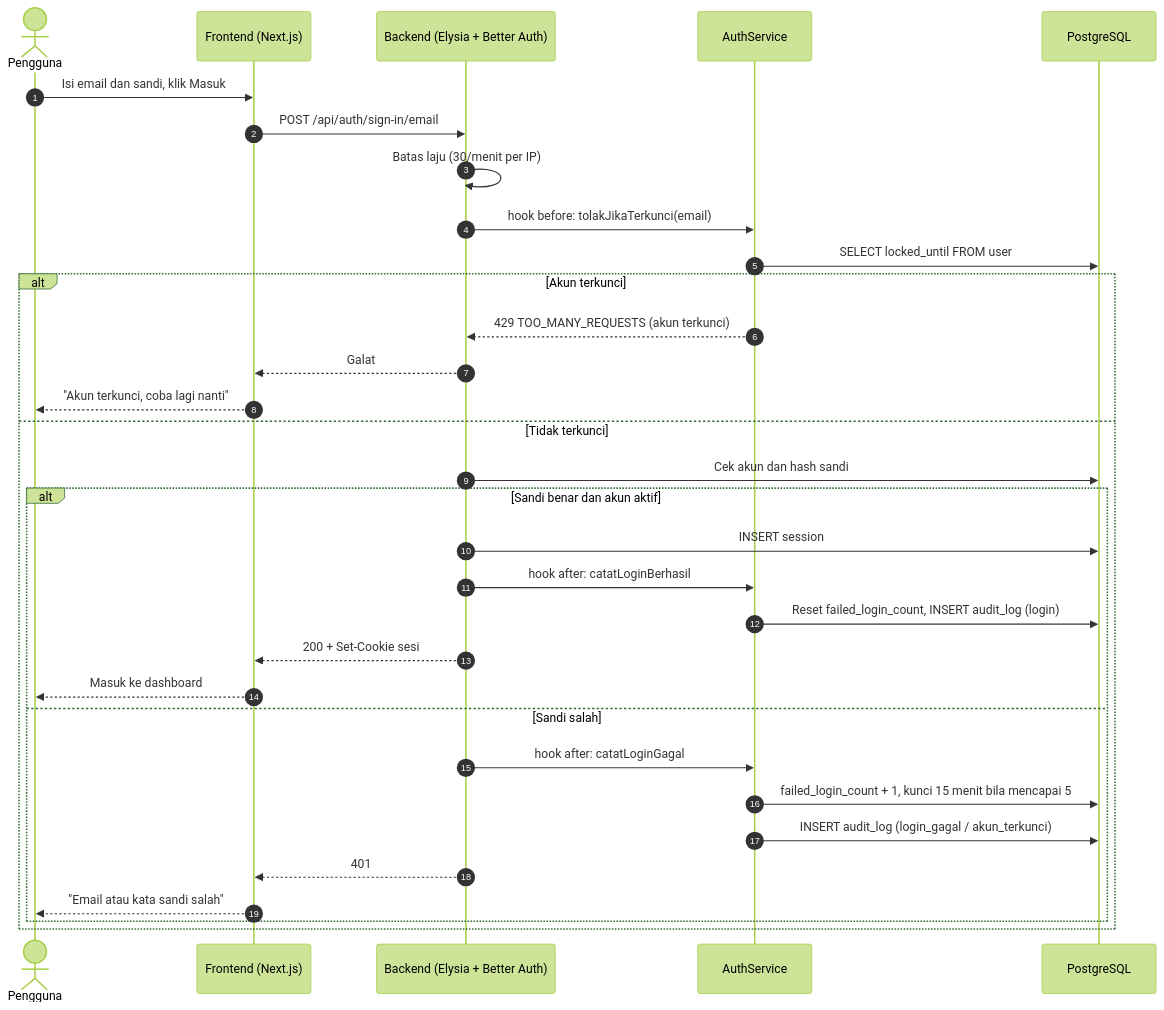
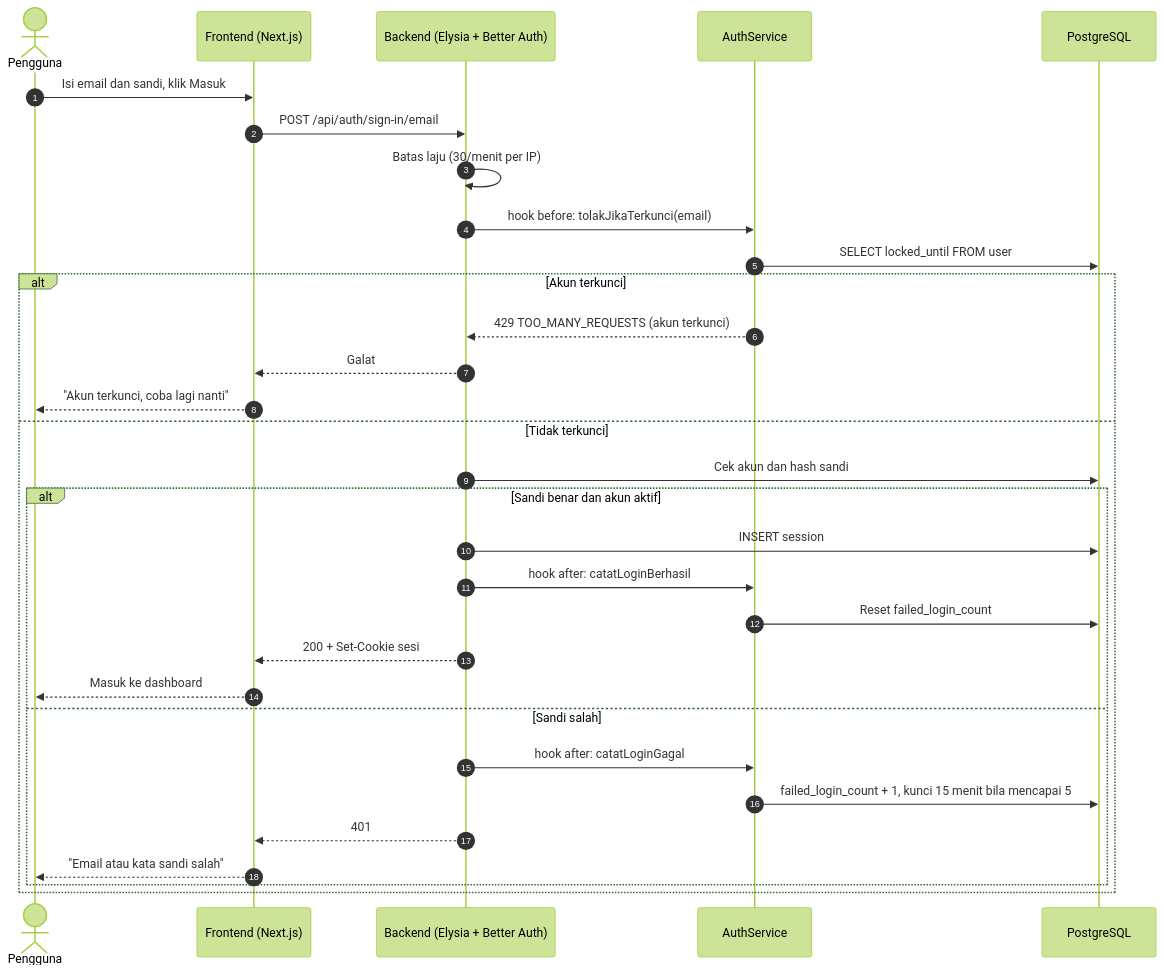
One commit to AhmadsTechDev/kegiatan-kominfo changed the first of 3 diagrams in docs/uml/03-sequence.md. Above: the diagram before and after it, drawn with Mermaid (forest theme). The commit also changed other lines of this file and 69 other files, not shown here.

First line of the commit message:
feat: remove audit log feature

````diff
--- a/docs/uml/03-sequence.md
+++ b/docs/uml/03-sequence.md
@@ -9,35 +9,34 @@
 ```mermaid
 sequenceDiagram
     autonumber
     actor U as Pengguna
     participant W as Frontend (Next.js)
     participant A as Backend (Elysia + Better Auth)
     participant S as AuthService
     participant DB as PostgreSQL
 
     U->>W: Isi email dan sandi, klik Masuk
     W->>A: POST /api/auth/sign-in/email
     A->>A: Batas laju (30/menit per IP)
     A->>S: hook before: tolakJikaTerkunci(email)
     S->>DB: SELECT locked_until FROM user
     alt Akun terkunci
         S-->>A: 429 TOO_MANY_REQUESTS (akun terkunci)
         A-->>W: Galat
         W-->>U: "Akun terkunci, coba lagi nanti"
     else Tidak terkunci
         A->>DB: Cek akun dan hash sandi
         alt Sandi benar dan akun aktif
             A->>DB: INSERT session
             A->>S: hook after: catatLoginBerhasil
-            S->>DB: Reset failed_login_count, INSERT audit_log (login)
+            S->>DB: Reset failed_login_count
             A-->>W: 200 + Set-Cookie sesi
             W-->>U: Masuk ke dashboard
         else Sandi salah
             A->>S: hook after: catatLoginGagal
             S->>DB: failed_login_count + 1, kunci 15 menit bila mencapai 5
-            S->>DB: INSERT audit_log (login_gagal / akun_terkunci)
             A-->>W: 401
             W-->>U: "Email atau kata sandi salah"
         end
     end
 ```
````
